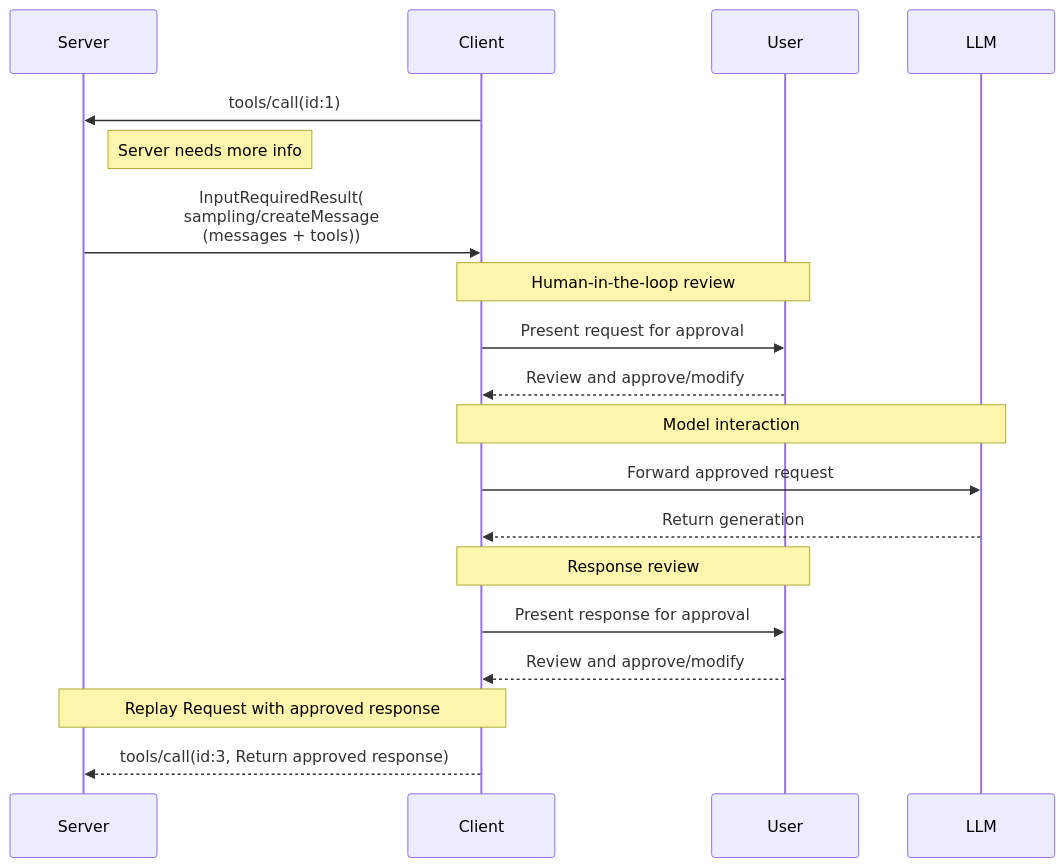
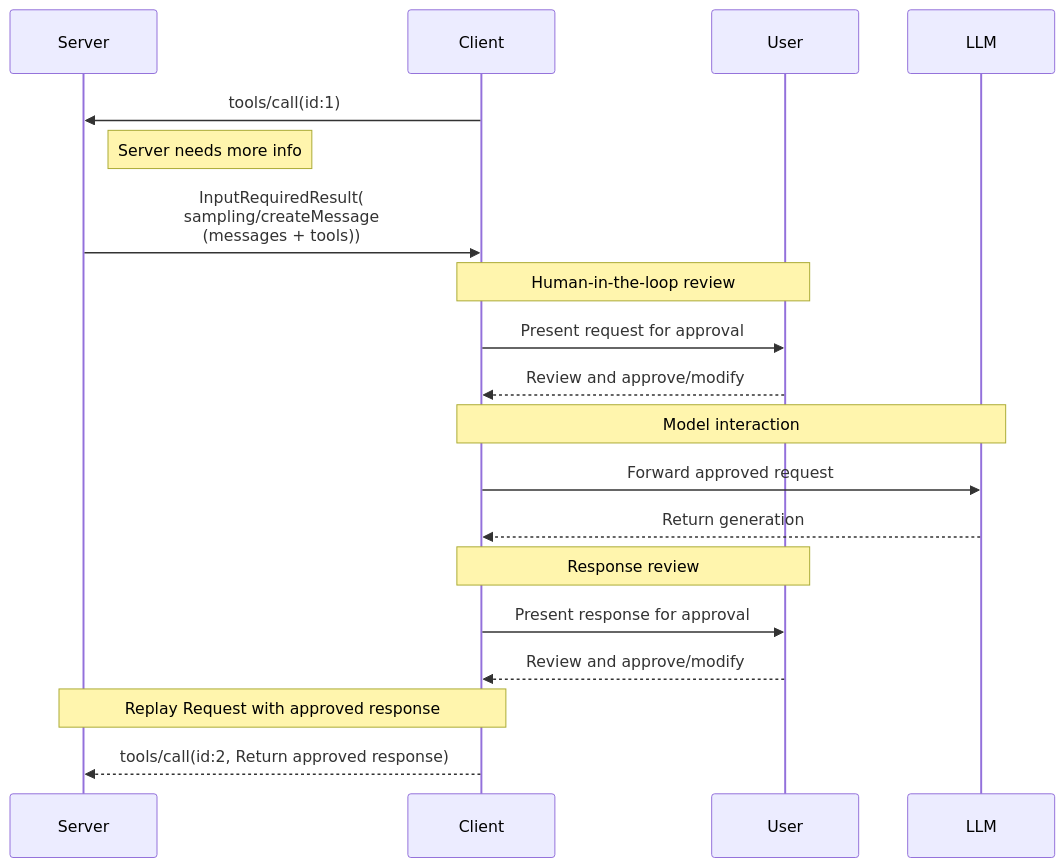
The second of 2 diagrams in docs/specification/2026-07-28/client/sampling.mdx (modelcontextprotocol/modelcontextprotocol), drawn with Mermaid before and after one commit. The commit also changed other lines of this file and 44 other files, not shown here.

````diff
--- a/docs/specification/2026-07-28/client/sampling.mdx
+++ b/docs/specification/2026-07-28/client/sampling.mdx
@@ -491,26 +491,26 @@
 ```mermaid
 sequenceDiagram
     participant Server
     participant Client
     participant User
     participant LLM
 
     Client->>Server: tools/call(id:1)
     note right of Server: Server needs more info
     Server->>Client: InputRequiredResult(<br/>sampling/createMessage<br/>(messages + tools))
 
     Note over Client,User: Human-in-the-loop review
     Client->>User: Present request for approval
     User-->>Client: Review and approve/modify
 
     Note over Client,LLM: Model interaction
     Client->>LLM: Forward approved request
     LLM-->>Client: Return generation
 
     Note over Client,User: Response review
     Client->>User: Present response for approval
     User-->>Client: Review and approve/modify
 
     Note over Server,Client: Replay Request with approved response
-    Client-->>Server: tools/call(id:3, Return approved response)
+    Client-->>Server: tools/call(id:2, Return approved response)
 ```
````
